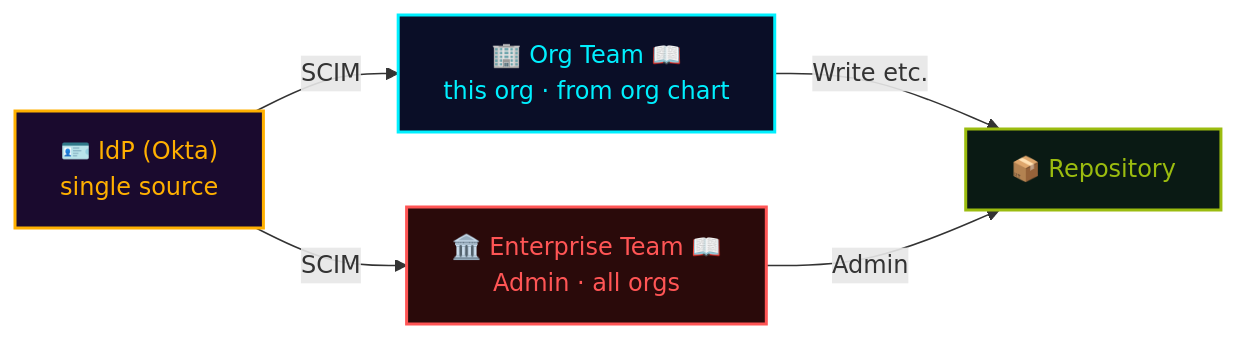
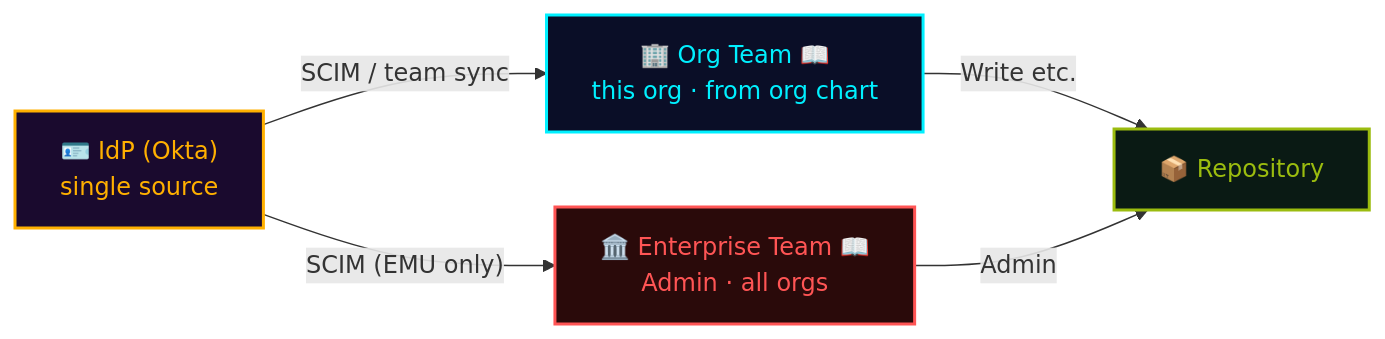
One commit to theomonfort/theomonfort changed the diagram in src/content/playbook/en/governance.md. Above: the diagram before and after it, drawn with Mermaid. The commit also changed other lines of this file and 6 other files, not shown here.

````diff
--- a/src/content/playbook/en/governance.md
+++ b/src/content/playbook/en/governance.md
@@ -113,23 +125,23 @@
 ```mermaid
 flowchart LR
   IDP["🪪 IdP (Okta)<br/>single source"]
   ENT["🏛️ Enterprise Team 📖<br/>Admin · all orgs"]
   ORG["🏢 Org Team 📖<br/>this org · from org chart"]
   REPO["📦 Repository"]
-  IDP -->|SCIM| ENT
-  IDP -->|SCIM| ORG
+  IDP -->|"SCIM (EMU only)"| ENT
+  IDP -->|"SCIM / team sync"| ORG
   ORG -->|Write etc.| REPO
   ENT -->|Admin| REPO
 
   classDef idp fill:#1a0a2e,stroke:#ffb000,color:#ffb000,stroke-width:2px
   classDef ent fill:#2a0a0a,stroke:#ff5555,color:#ff5555,stroke-width:2px
   classDef org fill:#0a0e27,stroke:#00f0ff,color:#00f0ff,stroke-width:2px
   classDef repo fill:#0a1a14,stroke:#9bbc0f,color:#9bbc0f,stroke-width:2px
   class IDP idp
   class ENT ent
   class ORG org
   class REPO repo
 
   click ENT href "https://docs.github.com/en/enterprise-cloud@latest/admin/managing-accounts-and-repositories/managing-users-in-your-enterprise/create-enterprise-teams" "Enterprise teams docs" _blank
   click ORG href "https://docs.github.com/en/organizations/organizing-members-into-teams/about-teams" "Organization teams docs" _blank
 ```
````
